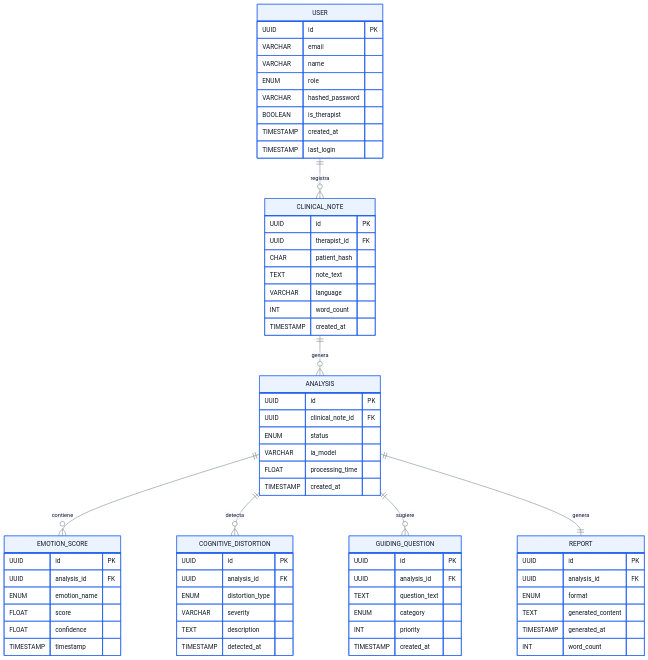
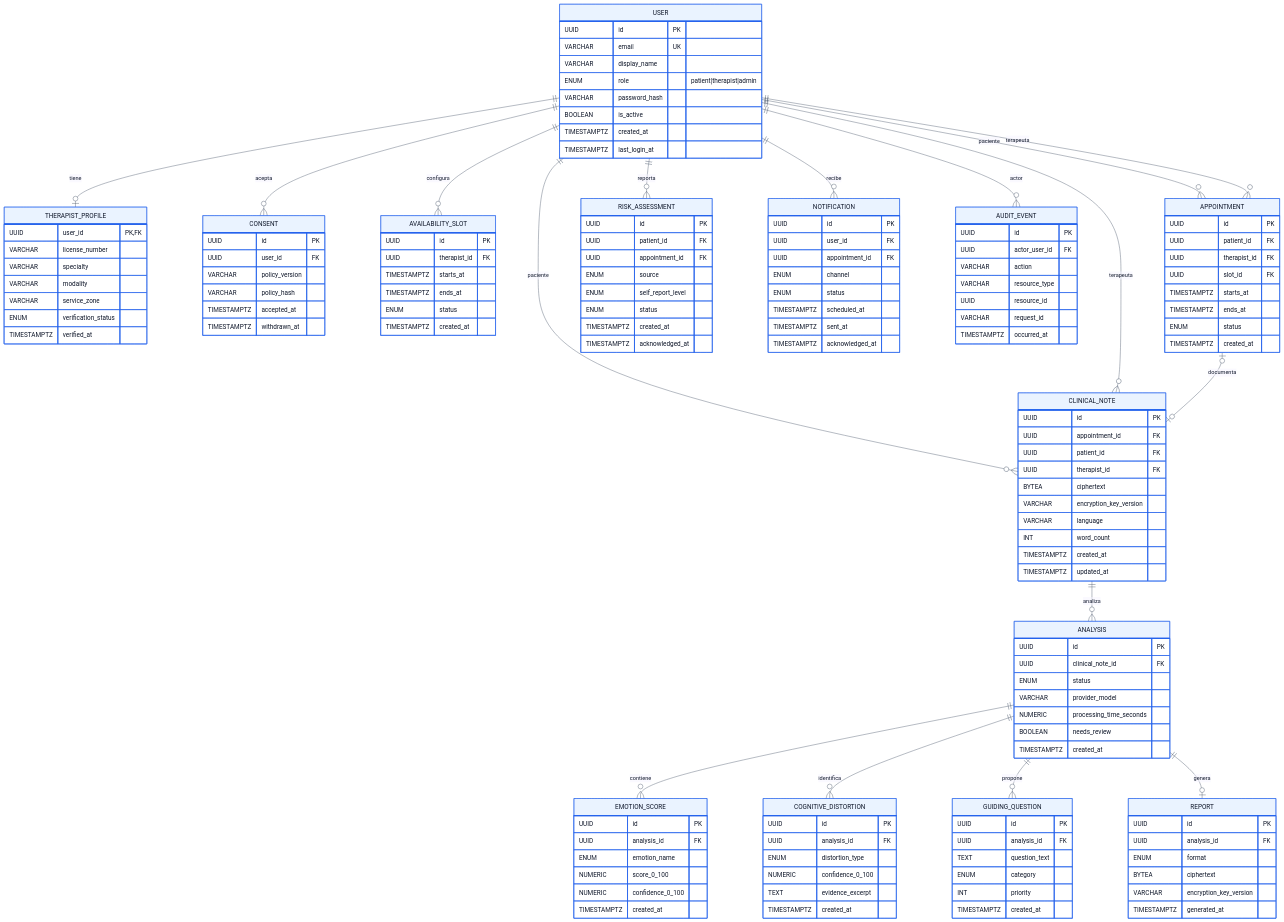
One commit to EdwarIbague23/MindAI changed the diagram in mi-framework-ia/docs/diagrama_erd_mindflow.mmd. Above: the diagram before and after it, drawn with Mermaid. The commit also changed 45 other files, not shown here.

```diff
--- a/mi-framework-ia/docs/diagrama_erd_mindflow.mmd
+++ b/mi-framework-ia/docs/diagrama_erd_mindflow.mmd
@@ -1,85 +1,170 @@
 %%{init: {
   'theme': 'base',
   'themeVariables': {
     'primaryColor': '#EAF3FF',
     'primaryTextColor': '#0F172A',
     'primaryBorderColor': '#2563EB',
     'lineColor': '#475569',
     'secondaryColor': '#F8FAFC',
     'tertiaryColor': '#F5F3FF',
     'fontFamily': 'Segoe UI, Arial'
   }
 }}%%
 erDiagram
-    USER ||--o{ CLINICAL_NOTE : registra
-    CLINICAL_NOTE ||--o{ ANALYSIS : genera
+    USER ||--o| THERAPIST_PROFILE : tiene
+    USER ||--o{ CONSENT : acepta
+    USER ||--o{ AVAILABILITY_SLOT : configura
+    USER ||--o{ APPOINTMENT : paciente
+    USER ||--o{ APPOINTMENT : terapeuta
+    USER ||--o{ CLINICAL_NOTE : paciente
+    USER ||--o{ CLINICAL_NOTE : terapeuta
+    APPOINTMENT o|--o| CLINICAL_NOTE : documenta
+    USER ||--o{ RISK_ASSESSMENT : reporta
+    USER ||--o{ NOTIFICATION : recibe
+    USER ||--o{ AUDIT_EVENT : actor
+    CLINICAL_NOTE ||--o{ ANALYSIS : analiza
     ANALYSIS ||--o{ EMOTION_SCORE : contiene
-    ANALYSIS ||--o{ COGNITIVE_DISTORTION : detecta
-    ANALYSIS ||--o{ GUIDING_QUESTION : sugiere
-    ANALYSIS ||--|| REPORT : genera
+    ANALYSIS ||--o{ COGNITIVE_DISTORTION : identifica
+    ANALYSIS ||--o{ GUIDING_QUESTION : propone
+    ANALYSIS ||--o| REPORT : genera
 
     USER {
         UUID id PK
-        VARCHAR email
-        VARCHAR name
-        ENUM role
-        VARCHAR hashed_password
-        BOOLEAN is_therapist
-        TIMESTAMP created_at
-        TIMESTAMP last_login
+        VARCHAR email UK
+        VARCHAR display_name
+        ENUM role "patient|therapist|admin"
+        VARCHAR password_hash
+        BOOLEAN is_active
+        TIMESTAMPTZ created_at
+        TIMESTAMPTZ last_login_at
+    }
+
+    THERAPIST_PROFILE {
+        UUID user_id PK,FK
+        VARCHAR license_number
+        VARCHAR specialty
+        VARCHAR modality
+        VARCHAR service_zone
+        ENUM verification_status
+        TIMESTAMPTZ verified_at
+    }
+
+    CONSENT {
+        UUID id PK
+        UUID user_id FK
+        VARCHAR policy_version
+        VARCHAR policy_hash
+        TIMESTAMPTZ accepted_at
+        TIMESTAMPTZ withdrawn_at
+    }
+
+    AVAILABILITY_SLOT {
+        UUID id PK
+        UUID therapist_id FK
+        TIMESTAMPTZ starts_at
+        TIMESTAMPTZ ends_at
+        ENUM status
+        TIMESTAMPTZ created_at
+    }
+
+    APPOINTMENT {
+        UUID id PK
+        UUID patient_id FK
+        UUID therapist_id FK
+        UUID slot_id FK
+        TIMESTAMPTZ starts_at
+        TIMESTAMPTZ ends_at
+        ENUM status
+        TIMESTAMPTZ created_at
     }
 
     CLINICAL_NOTE {
         UUID id PK
+        UUID appointment_id FK
+        UUID patient_id FK
         UUID therapist_id FK
-        CHAR patient_hash
-        TEXT note_text
+        BYTEA ciphertext
+        VARCHAR encryption_key_version
         VARCHAR language
         INT word_count
-        TIMESTAMP created_at
+        TIMESTAMPTZ created_at
+        TIMESTAMPTZ updated_at
+    }
+
+    RISK_ASSESSMENT {
+        UUID id PK
+        UUID patient_id FK
+        UUID appointment_id FK
+        ENUM source
+        ENUM self_report_level
+        ENUM status
+        TIMESTAMPTZ created_at
+        TIMESTAMPTZ acknowledged_at
+    }
+
+    NOTIFICATION {
+        UUID id PK
+        UUID user_id FK
+        UUID appointment_id FK
+        ENUM channel
+        ENUM status
+        TIMESTAMPTZ scheduled_at
+        TIMESTAMPTZ sent_at
+        TIMESTAMPTZ acknowledged_at
     }
 
     ANALYSIS {
         UUID id PK
         UUID clinical_note_id FK
         ENUM status
-        VARCHAR ia_model
-        FLOAT processing_time
-        TIMESTAMP created_at
+        VARCHAR provider_model
+        NUMERIC processing_time_seconds
+        BOOLEAN needs_review
+        TIMESTAMPTZ created_at
     }
 
     EMOTION_SCORE {
         UUID id PK
         UUID analysis_id FK
         ENUM emotion_name
-        FLOAT score
-        FLOAT confidence
-        TIMESTAMP timestamp
+        NUMERIC score_0_100
+        NUMERIC confidence_0_100
+        TIMESTAMPTZ created_at
     }
 
     COGNITIVE_DISTORTION {
         UUID id PK
         UUID analysis_id FK
         ENUM distortion_type
-        VARCHAR severity
-        TEXT description
-        TIMESTAMP detected_at
+        NUMERIC confidence_0_100
+        TEXT evidence_excerpt
+        TIMESTAMPTZ created_at
     }
 
     GUIDING_QUESTION {
         UUID id PK
         UUID analysis_id FK
         TEXT question_text
         ENUM category
         INT priority
-        TIMESTAMP created_at
+        TIMESTAMPTZ created_at
     }
 
     REPORT {
         UUID id PK
         UUID analysis_id FK
         ENUM format
-        TEXT generated_content
-        TIMESTAMP generated_at
-        INT word_count
+        BYTEA ciphertext
+        VARCHAR encryption_key_version
+        TIMESTAMPTZ generated_at
     }
+
+    AUDIT_EVENT {
+        UUID id PK
+        UUID actor_user_id FK
+        VARCHAR action
+        VARCHAR resource_type
+        UUID resource_id
+        VARCHAR request_id
+        TIMESTAMPTZ occurred_at
+    }
```
